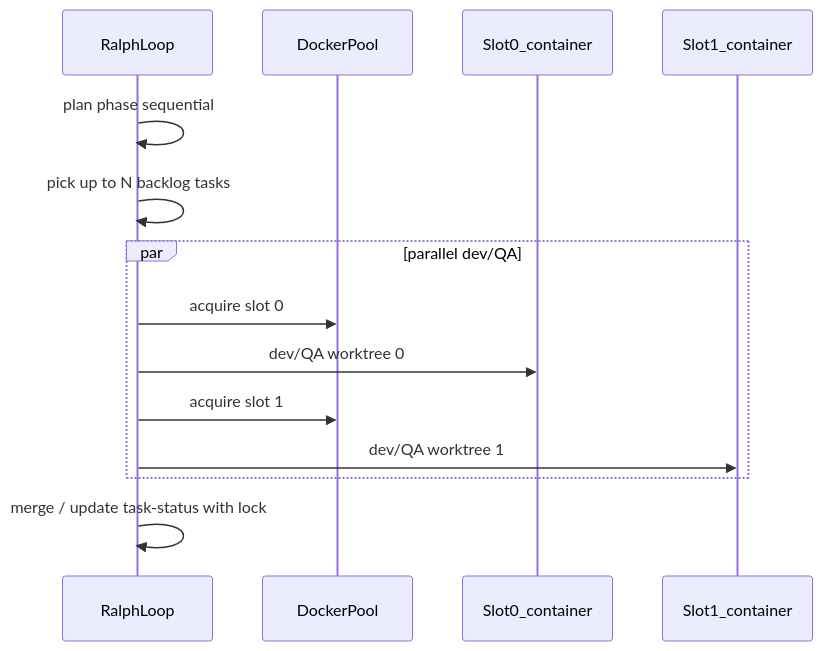
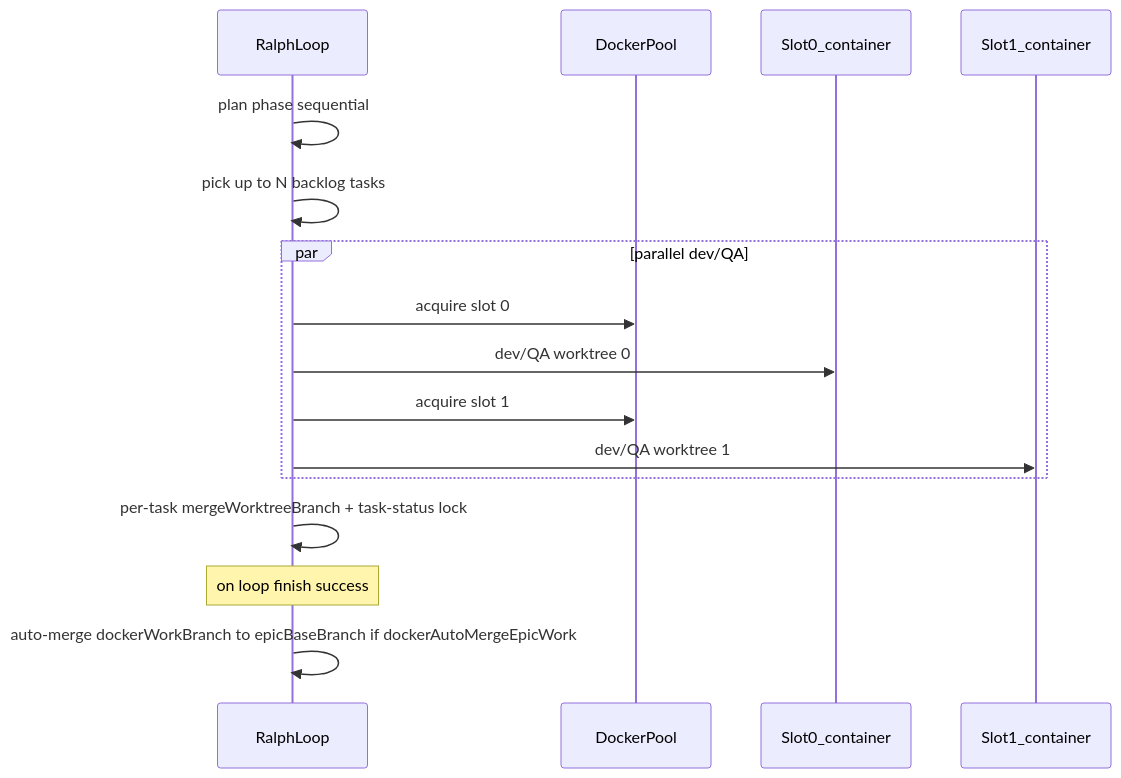
Before and after one commit to izep/ralph-gui: the seventh of 8 diagrams in docs/epics/epic-004-parallel-docker-support.plan.md, drawn with Mermaid. The commit also changed other lines of this file and 6 other files, not shown here.

First line of the commit message:
Fix worktree base and ensure merge checkout for slot merges

````diff
--- a/docs/epics/epic-004-parallel-docker-support.plan.md
+++ b/docs/epics/epic-004-parallel-docker-support.plan.md
@@ -453,17 +581,19 @@
 ```mermaid
 sequenceDiagram
   participant RL as RalphLoop
   participant Pool as DockerPool
   participant T1 as Slot0_container
   participant T2 as Slot1_container
 
   RL->>RL: plan phase sequential
   RL->>RL: pick up to N backlog tasks
   par parallel dev/QA
     RL->>Pool: acquire slot 0
     RL->>T1: dev/QA worktree 0
     RL->>Pool: acquire slot 1
     RL->>T2: dev/QA worktree 1
   end
-  RL->>RL: merge / update task-status with lock
+  RL->>RL: per-task mergeWorktreeBranch + task-status lock
+  Note over RL: on loop finish success
+  RL->>RL: auto-merge dockerWorkBranch to epicBaseBranch if dockerAutoMergeEpicWork
 ```
````
